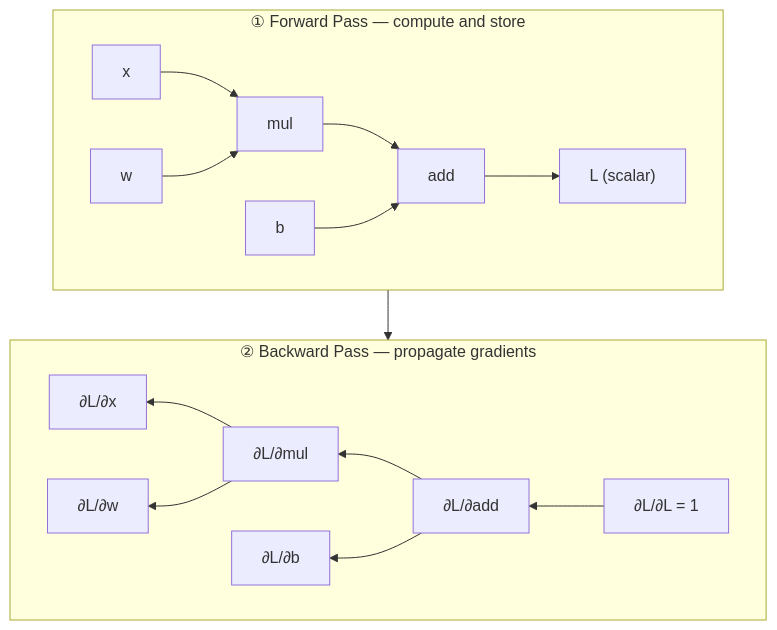
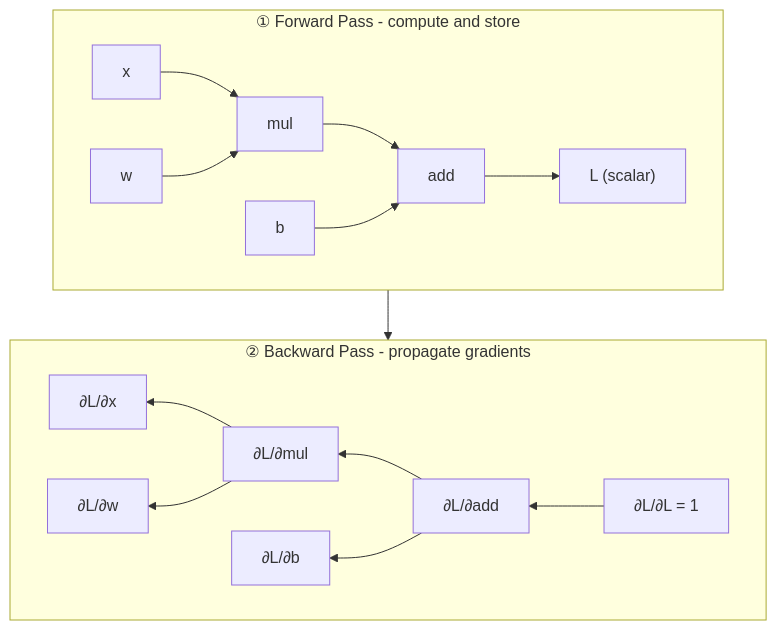
One commit to ImadDabbura/imaddabbura.github.io changed the second of 3 diagrams in posts/mlsys/automatic-differentiation.qmd. Above: the diagram before and after it, drawn with Mermaid. The commit also changed other lines of this file and 135 other files, not shown here.

````diff
--- a/posts/mlsys/automatic-differentiation.qmd
+++ b/posts/mlsys/automatic-differentiation.qmd
@@ -76,18 +76,18 @@
 ```{mermaid}
 %%| fig-cap: "Reverse mode runs two phases: a forward pass that computes and stores all intermediate values, then a backward pass that propagates ∂L/∂· back to every node."
 flowchart TD
-    subgraph fwd ["① Forward Pass — compute and store"]
+    subgraph fwd ["① Forward Pass - compute and store"]
         direction LR
         x["x"] --> mul["mul"] --> add["add"] --> L["L (scalar)"]
         w["w"] --> mul
         b["b"] --> add
     end
-    subgraph bwd ["② Backward Pass — propagate gradients"]
+    subgraph bwd ["② Backward Pass - propagate gradients"]
         direction RL
         dL["∂L/∂L = 1"] --> dadd["∂L/∂add"] --> dmul["∂L/∂mul"]
         dmul --> dx["∂L/∂x"]
         dmul --> dw["∂L/∂w"]
         dadd --> db["∂L/∂b"]
     end
     fwd --> bwd
 ```
````
